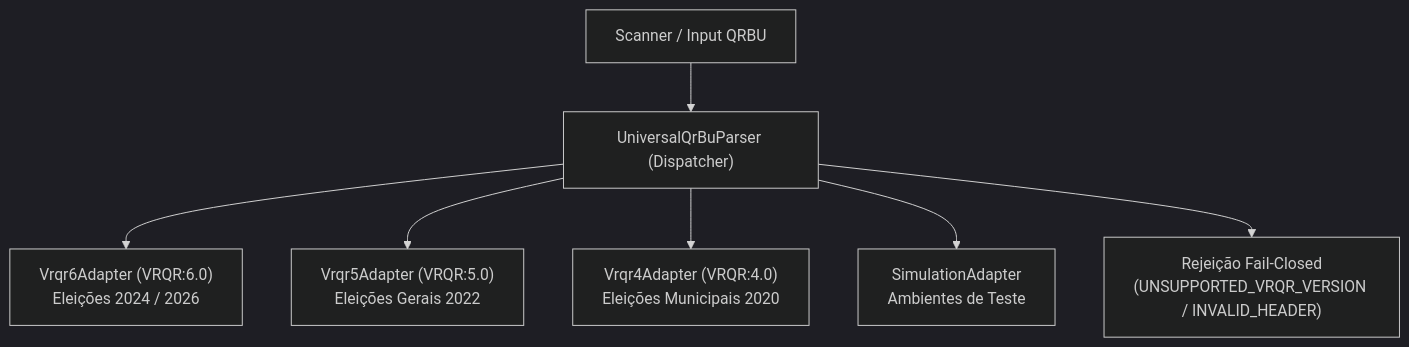
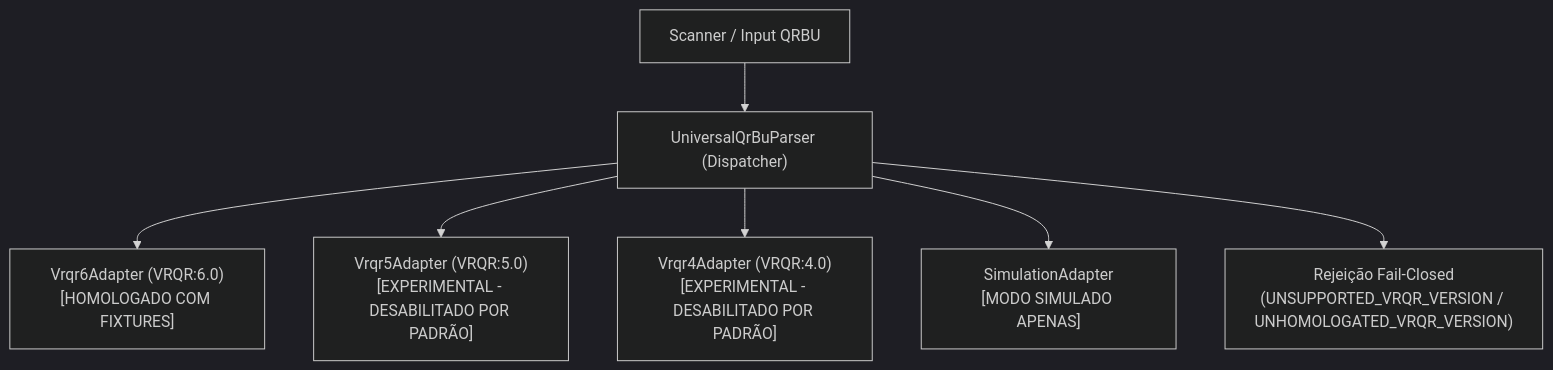
Before and after one commit to georgecolossi/apuracao-paralela-2026: the diagram in docs/QRBU-ADAPTER-SUPPORTED-LAYOUTS.md, drawn with Mermaid (dark theme). The commit also changed other lines of this file and 8 other files, not shown here.

Commit message:
fix(v2): address independent audit findings on cryptographic integrity, fail-closed parsing and election isolation

````diff
--- a/docs/QRBU-ADAPTER-SUPPORTED-LAYOUTS.md
+++ b/docs/QRBU-ADAPTER-SUPPORTED-LAYOUTS.md
@@ -13,9 +14,9 @@
 ```mermaid
 flowchart TD
     Scanner["Scanner / Input QRBU"] --> Dispatcher["UniversalQrBuParser (Dispatcher)"]
-    Dispatcher --> V6["Vrqr6Adapter (VRQR:6.0)\nEleições 2024 / 2026"]
-    Dispatcher --> V5["Vrqr5Adapter (VRQR:5.0)\nEleições Gerais 2022"]
-    Dispatcher --> V4["Vrqr4Adapter (VRQR:4.0)\nEleições Municipais 2020"]
-    Dispatcher --> Sim["SimulationAdapter\nAmbientes de Teste"]
-    Dispatcher --> Err["Rejeição Fail-Closed\n(UNSUPPORTED_VRQR_VERSION / INVALID_HEADER)"]
+    Dispatcher --> V6["Vrqr6Adapter (VRQR:6.0)\n[HOMOLOGADO COM FIXTURES]"]
+    Dispatcher --> V5["Vrqr5Adapter (VRQR:5.0)\n[EXPERIMENTAL - DESABILITADO POR PADRÃO]"]
+    Dispatcher --> V4["Vrqr4Adapter (VRQR:4.0)\n[EXPERIMENTAL - DESABILITADO POR PADRÃO]"]
+    Dispatcher --> Sim["SimulationAdapter\n[MODO SIMULADO APENAS]"]
+    Dispatcher --> Err["Rejeição Fail-Closed\n(UNSUPPORTED_VRQR_VERSION / UNHOMOLOGATED_VRQR_VERSION)"]
 ```
````
